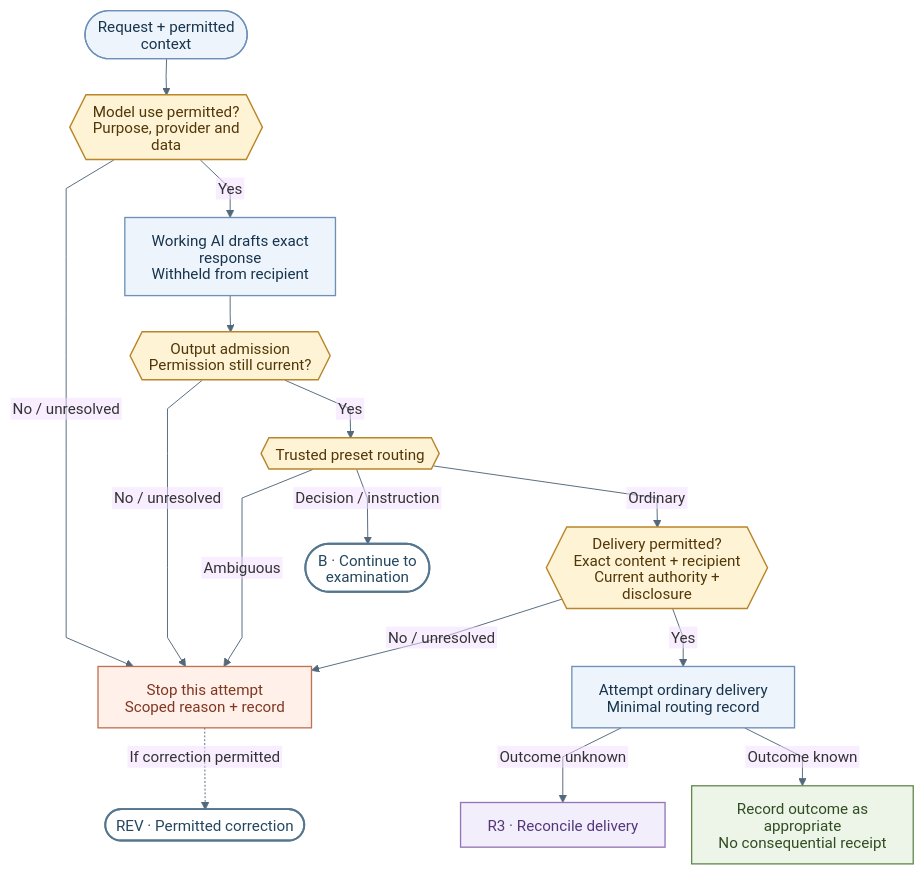
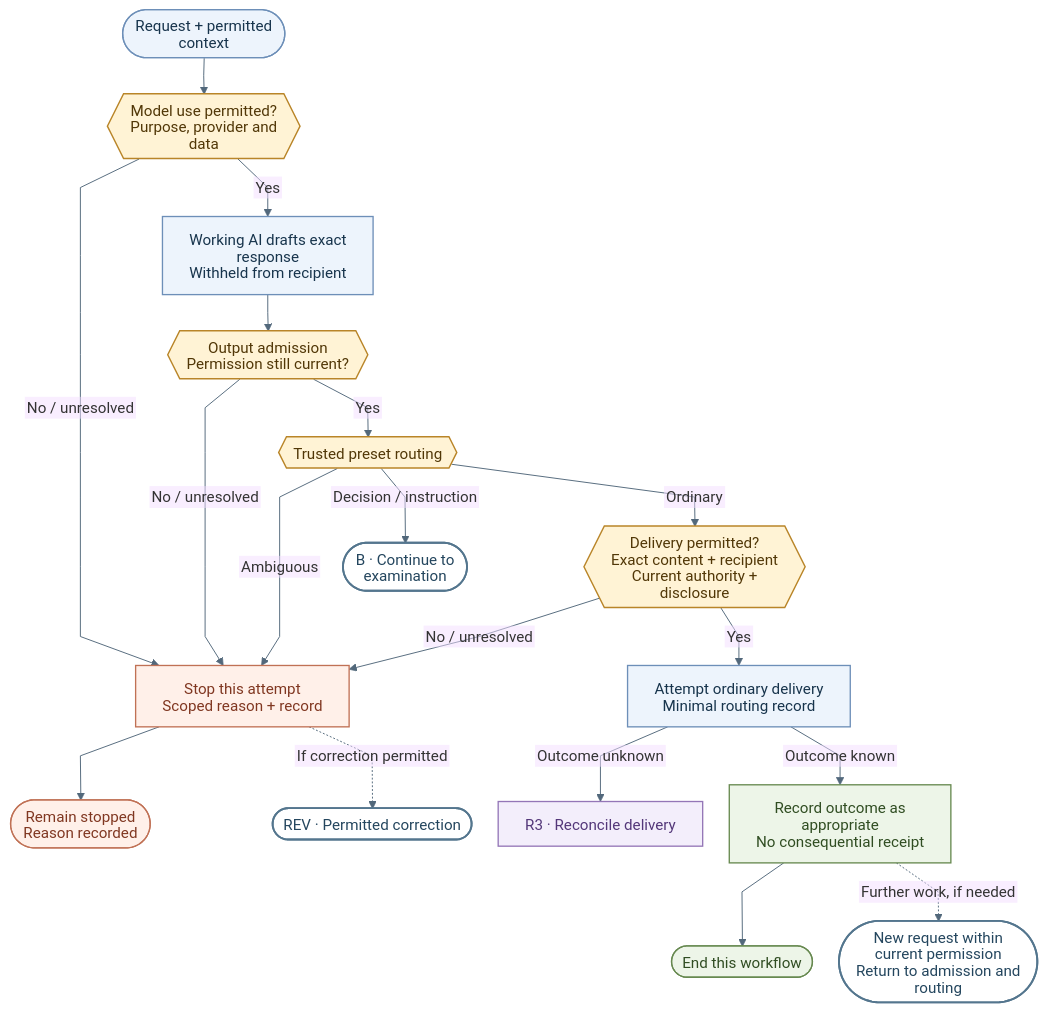
Before and after one commit to robertschaub/our-ai-charter: the third of 7 diagrams in docs/Assurance/Concepts/evidence-gated-agents.md, drawn with Mermaid. The commit also changed other lines of this file and 8 other files, not shown here.

Commit message:
docs(ega): clarify exits and publish coordinated diagrams

````diff
--- a/docs/Assurance/Concepts/evidence-gated-agents.md
+++ b/docs/Assurance/Concepts/evidence-gated-agents.md
@@ -203,27 +209,30 @@
 ```mermaid
 %%{init: {"theme":"base","themeCSS":".edgeLabel .label rect{fill:#fff!important;opacity:1!important}","themeVariables":{"fontFamily":"Arial, sans-serif","fontSize":"16px","lineColor":"#52687b"},"flowchart":{"curve":"linear","nodeSpacing":28,"rankSpacing":38,"padding":14,"wrappingWidth":190},"htmlLabels":false}}%%
 flowchart TD
  U(["Request + permitted context"]):::work --> I{{"Model use permitted?<br/>Purpose, provider and data"}}:::gate
  I -->|No / unresolved| S["Stop this attempt<br/>Scoped reason + record"]:::stop
  I -->|Yes| W["Working AI drafts exact response<br/>Withheld from recipient"]:::work
  W --> A{{"Output admission<br/>Permission still current?"}}:::gate
  A -->|No / unresolved| S
  A -->|Yes| T{{"Trusted preset routing"}}:::gate
  T -->|Ambiguous| S
  T -->|Decision / instruction| B(["B · Continue to examination"]):::link
  T -->|Ordinary| O{{"Delivery permitted?<br/>Exact content + recipient<br/>Current authority + disclosure"}}:::gate
  O -->|No / unresolved| S
  O -->|Yes| D["Attempt ordinary delivery<br/>Minimal routing record"]:::work
  D -->|Outcome unknown| R["R3 · Reconcile delivery"]:::uncertain
  D -->|Outcome known| K["Record outcome as appropriate<br/>No consequential receipt"]:::result
+ K --> DONE(["End this workflow"]):::result
+ K -.->|Further work, if needed| NEXT(["New request within current permission<br/>Return to admission and routing"]):::link
 
+ S --> END(["Remain stopped<br/>Reason recorded"]):::stop
  S -.->|If correction permitted| REV(["REV · Permitted correction"]):::link
 
 classDef work fill:#edf4fc,stroke:#6d8fb8,color:#17344c,stroke-width:1.4px
 classDef gate fill:#fff3d5,stroke:#b98528,color:#513707,stroke-width:1.5px
 classDef evidence fill:#e6f5f2,stroke:#39877e,color:#174c46,stroke-width:1.4px
 classDef stop fill:#fff0e9,stroke:#c07155,color:#803721,stroke-width:1.4px
 classDef result fill:#edf5e8,stroke:#678950,color:#304d22,stroke-width:1.4px
 classDef uncertain fill:#f3eefb,stroke:#9476b7,color:#533779,stroke-width:1.4px
 classDef link fill:#fff,stroke:#54768e,color:#24465e,stroke-width:2px
 ```
````
